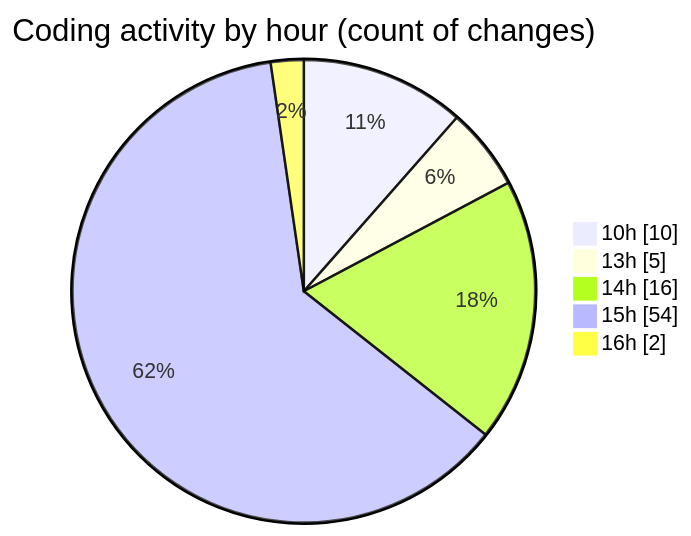
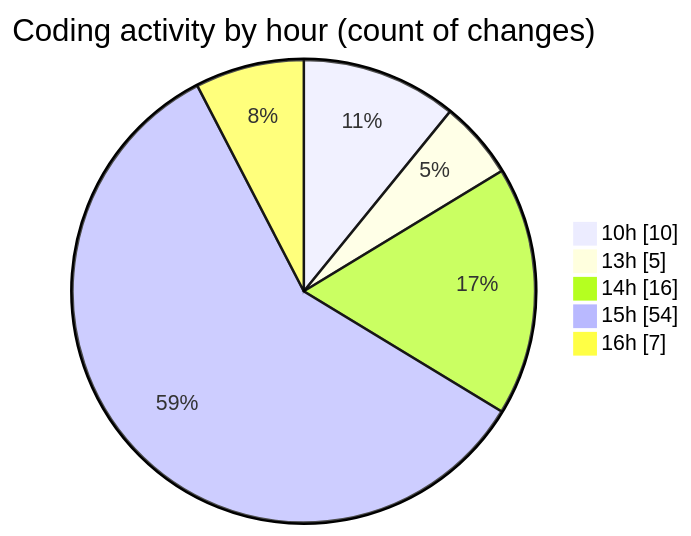
One commit to nxtqubesakshisongat/code-tracking changed the second of 2 diagrams in 2025-07-30/nxtqube_webapp/README.md. Above: the diagram before and after it, drawn with Mermaid. The commit also changed other lines of this file and 1 other file, not shown here.

````diff
--- a/2025-07-30/nxtqube_webapp/README.md
+++ b/2025-07-30/nxtqube_webapp/README.md
@@ -36,9 +36,9 @@
 ```mermaid
 pie showData
 title Coding activity by hour (count of changes)
 "10h" : 10
 "13h" : 5
 "14h" : 16
 "15h" : 54
-"16h" : 2
+"16h" : 7
 ```
````
